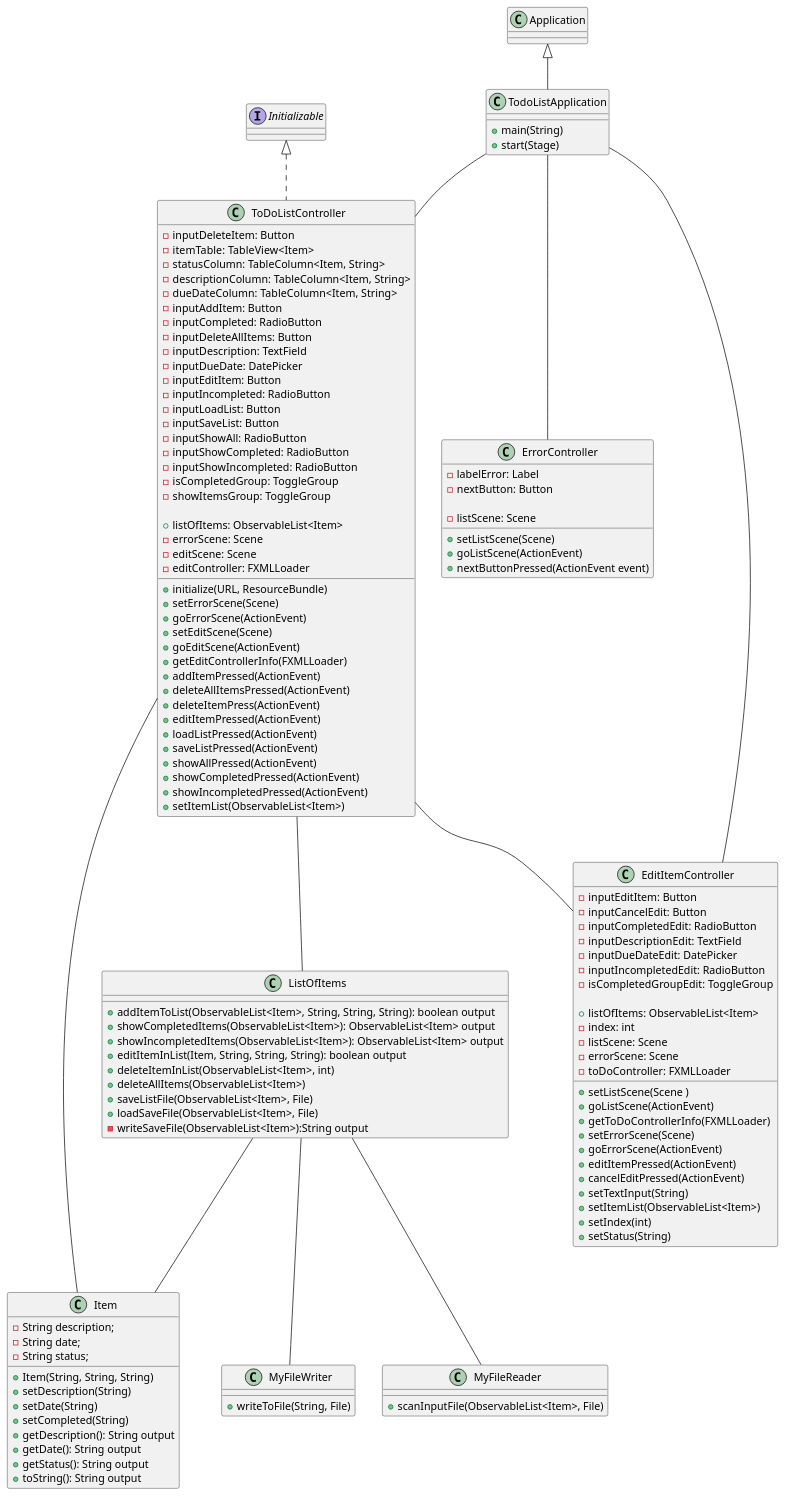
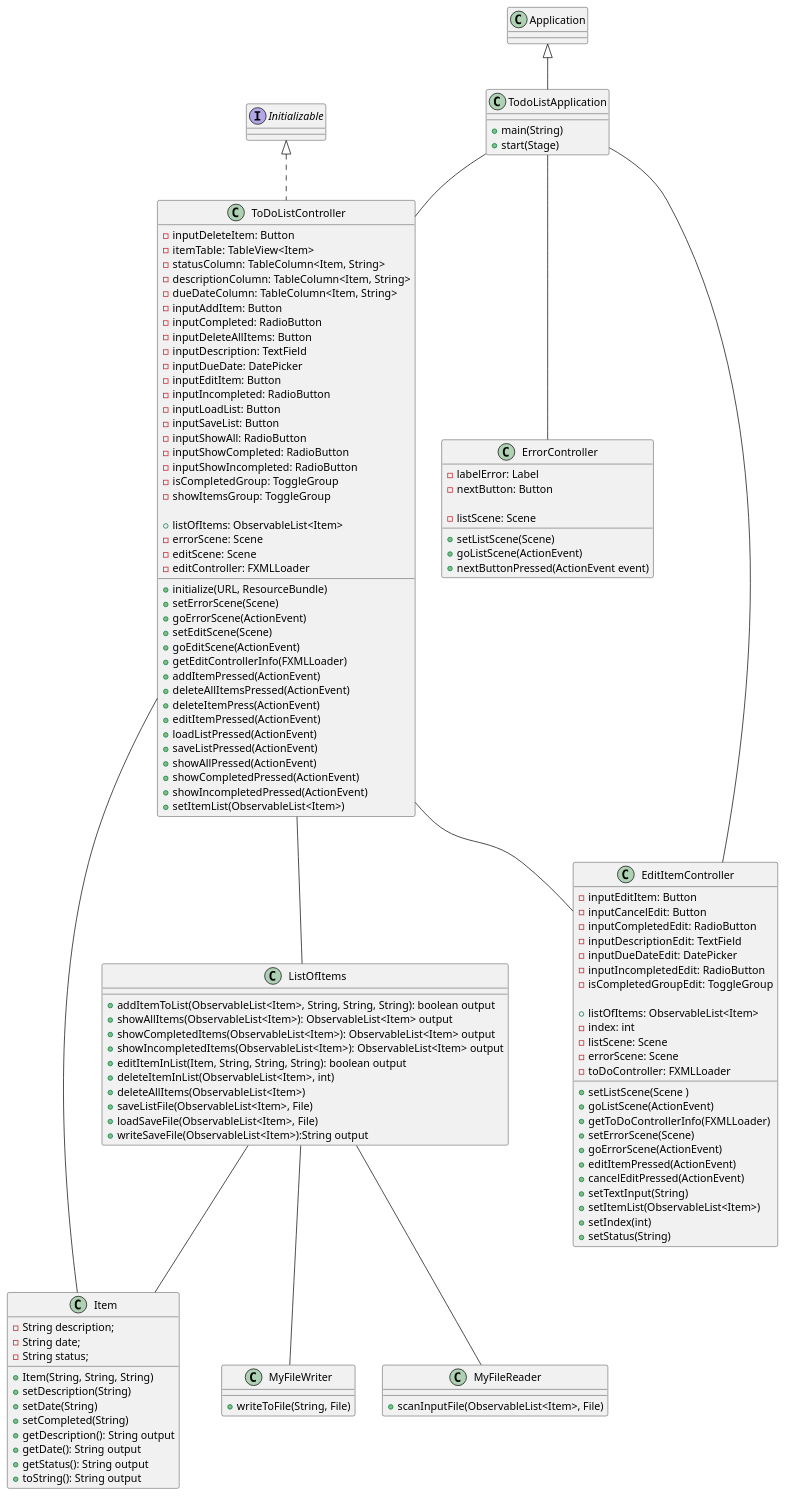
One commit to MarcPalacio/palacio-app1-impl changed the diagram in docs/Application01ImplementationUML.puml. Above: the diagram before and after it, drawn with PlantUML. The commit also changed 3 other files, not shown here.

```diff
--- a/docs/Application01ImplementationUML.puml
+++ b/docs/Application01ImplementationUML.puml
@@ -1,154 +1,155 @@
 @startuml
 class TodoListApplication extends Application {
     'Methods
     +main(String)
     +start(Stage)
 }
 
 class ToDoListController implements Initializable {
     'FXML elements
      -inputDeleteItem: Button
      -itemTable: TableView<Item>
      -statusColumn: TableColumn<Item, String>
      -descriptionColumn: TableColumn<Item, String>
      -dueDateColumn: TableColumn<Item, String>
      -inputAddItem: Button
      -inputCompleted: RadioButton
      -inputDeleteAllItems: Button
      -inputDescription: TextField
      -inputDueDate: DatePicker
      -inputEditItem: Button
      -inputIncompleted: RadioButton
      -inputLoadList: Button
      -inputSaveList: Button
      -inputShowAll: RadioButton
      -inputShowCompleted: RadioButton
      -inputShowIncompleted: RadioButton
      -isCompletedGroup: ToggleGroup
      -showItemsGroup: ToggleGroup
 
     'Attributes
     +listOfItems: ObservableList<Item>
     -errorScene: Scene
     -editScene: Scene
     -editController: FXMLLoader
 
     'Methods
     +initialize(URL, ResourceBundle)
     +setErrorScene(Scene)
     +goErrorScene(ActionEvent)
     +setEditScene(Scene)
     +goEditScene(ActionEvent)
     +getEditControllerInfo(FXMLLoader)
     +addItemPressed(ActionEvent)
     +deleteAllItemsPressed(ActionEvent)
     +deleteItemPress(ActionEvent)
     +editItemPressed(ActionEvent)
     +loadListPressed(ActionEvent)
     +saveListPressed(ActionEvent)
     +showAllPressed(ActionEvent)
     +showCompletedPressed(ActionEvent)
     +showIncompletedPressed(ActionEvent)
     +setItemList(ObservableList<Item>)
 }
 
 class EditItemController{
     'FXML elements
     -inputEditItem: Button
     -inputCancelEdit: Button
     -inputCompletedEdit: RadioButton
     -inputDescriptionEdit: TextField
     -inputDueDateEdit: DatePicker
     -inputIncompletedEdit: RadioButton
     -isCompletedGroupEdit: ToggleGroup
 
     'Attributes
     +listOfItems: ObservableList<Item>
     -index: int
     -listScene: Scene
     -errorScene: Scene
     -toDoController: FXMLLoader
 
     'Methods
     +setListScene(Scene )
     +goListScene(ActionEvent)
     +getToDoControllerInfo(FXMLLoader)
     +setErrorScene(Scene)
     +goErrorScene(ActionEvent)
     +editItemPressed(ActionEvent)
     +cancelEditPressed(ActionEvent)
     +setTextInput(String)
     +setItemList(ObservableList<Item>)
     +setIndex(int)
     +setStatus(String)
 }
 
 class ErrorController {
     'FXML Elements
     -labelError: Label
     -nextButton: Button
 
     'Attributes
     -listScene: Scene
 
     'Methods
     +setListScene(Scene)
     +goListScene(ActionEvent)
     +nextButtonPressed(ActionEvent event)
 }
 
 class Item {
     'Attributes
     -String description;
     -String date;
     -String status;
 
     'Methods
     'Constructor
     +Item(String, String, String)
     'Setters
     +setDescription(String)
     +setDate(String)
     +setCompleted(String)
     'Getters
     +getDescription(): String output
     +getDate(): String output
     +getStatus(): String output
     'toString
     +toString(): String output
 }
 
 class ListOfItems {
     'Methods
     +addItemToList(ObservableList<Item>, String, String, String): boolean output
+    +showAllItems(ObservableList<Item>): ObservableList<Item> output
     +showCompletedItems(ObservableList<Item>): ObservableList<Item> output
     +showIncompletedItems(ObservableList<Item>): ObservableList<Item> output
     +editItemInList(Item, String, String, String): boolean output
     +deleteItemInList(ObservableList<Item>, int)
     +deleteAllItems(ObservableList<Item>)
     +saveListFile(ObservableList<Item>, File)
     +loadSaveFile(ObservableList<Item>, File)
-    -writeSaveFile(ObservableList<Item>):String output
+    +writeSaveFile(ObservableList<Item>):String output
 }
 
 class MyFileReader {
     'Methods
     +scanInputFile(ObservableList<Item>, File)
 }
 
 class MyFileWriter {
     +writeToFile(String, File)
 }
 
 TodoListApplication -- ToDoListController
 TodoListApplication -- EditItemController
 TodoListApplication -- ErrorController
 ToDoListController -- EditItemController
 
 ToDoListController -- ListOfItems
 ToDoListController -- Item
 
 ListOfItems -- Item
 ListOfItems -- MyFileReader
 ListOfItems -- MyFileWriter
 @enduml
```
